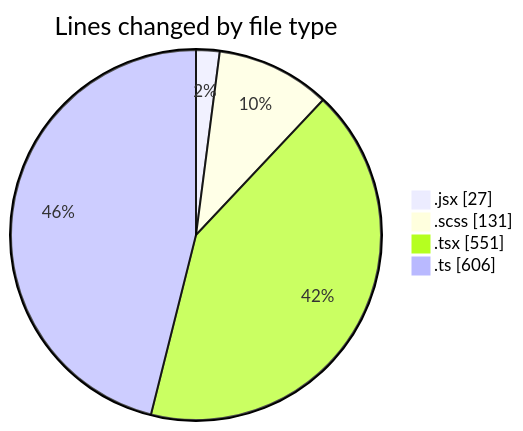
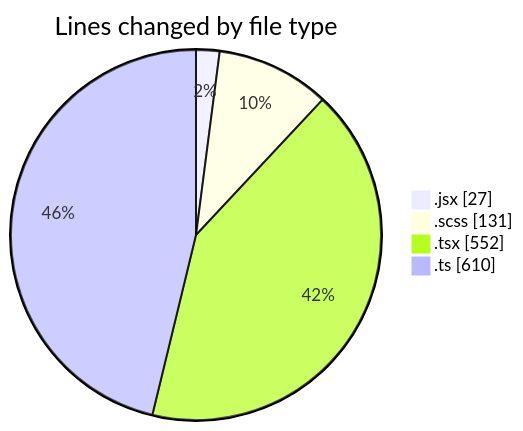
One commit to momahboobian/code-tracking changed the first of 2 diagrams in 2026-03-16/cda/README.md. Above: the diagram before and after it, drawn with Mermaid. The commit also changed other lines of this file and 1 other file, not shown here.

````diff
--- a/2026-03-16/cda/README.md
+++ b/2026-03-16/cda/README.md
@@ -28,8 +28,8 @@
 ```mermaid
 pie showData
 title Lines changed by file type
 ".jsx" : 27
 ".scss" : 131
-".tsx" : 551
-".ts" : 606
+".tsx" : 552
+".ts" : 610
 ```
````
